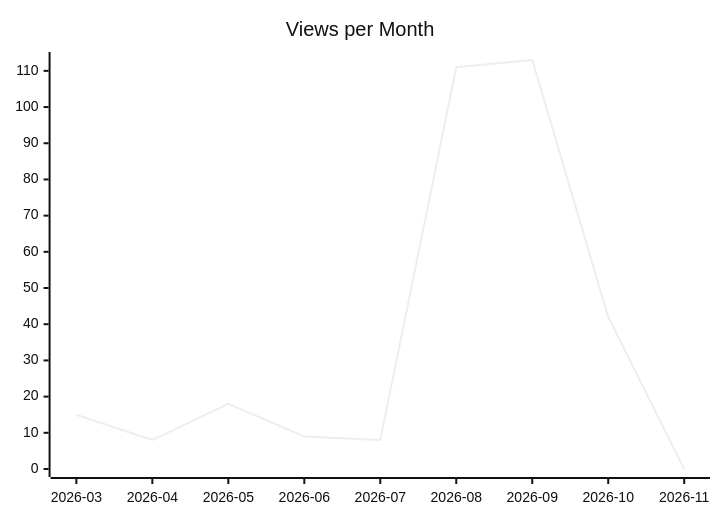
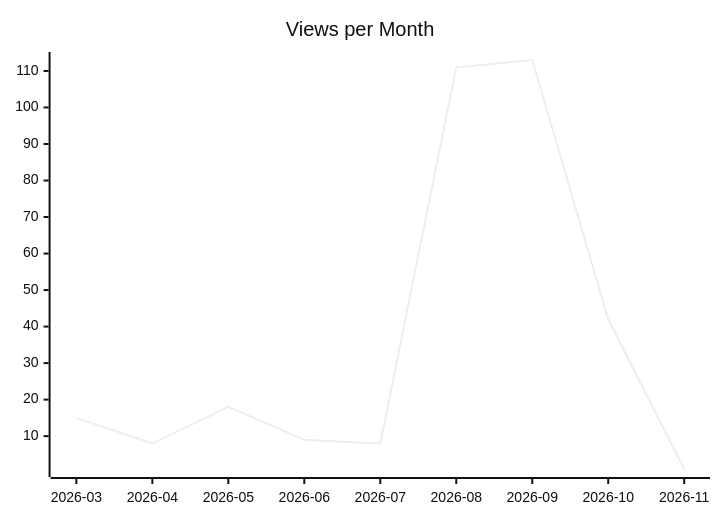
One commit to justdavis-family/github-analytics-data changed the second of 3 diagrams in karlmdavis/xmlpull/README.md. Above: the diagram before and after it, drawn with Mermaid (neutral theme). The commit also changed other lines of this file and 188 other files, not shown here.

````diff
--- a/karlmdavis/xmlpull/README.md
+++ b/karlmdavis/xmlpull/README.md
@@ -12,6 +12,6 @@
 ```mermaid
 xychart-beta
   title "Views per Month"
   x-axis ["2026-03", "2026-04", "2026-05", "2026-06", "2026-07", "2026-08", "2026-09", "2026-10", "2026-11"]
-  line [15, 8, 18, 9, 8, 111, 113, 42, 0]
+  line [15, 8, 18, 9, 8, 111, 113, 42, 1]
 ```
````
